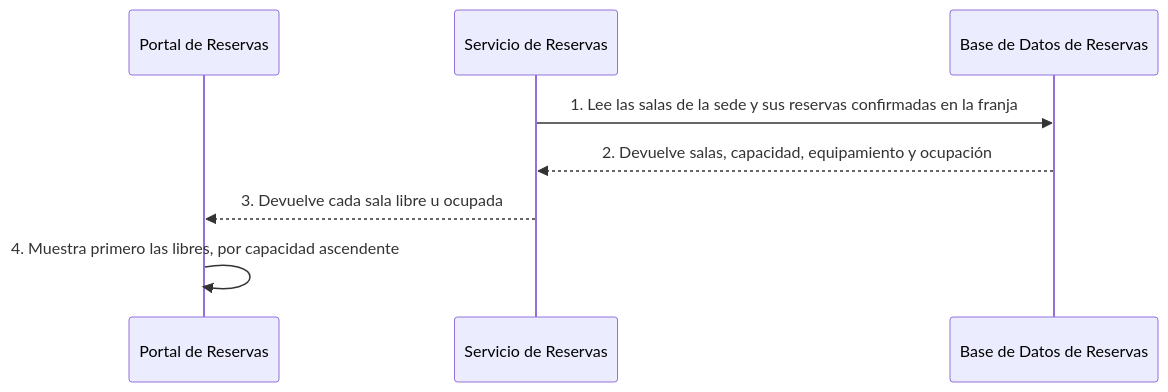
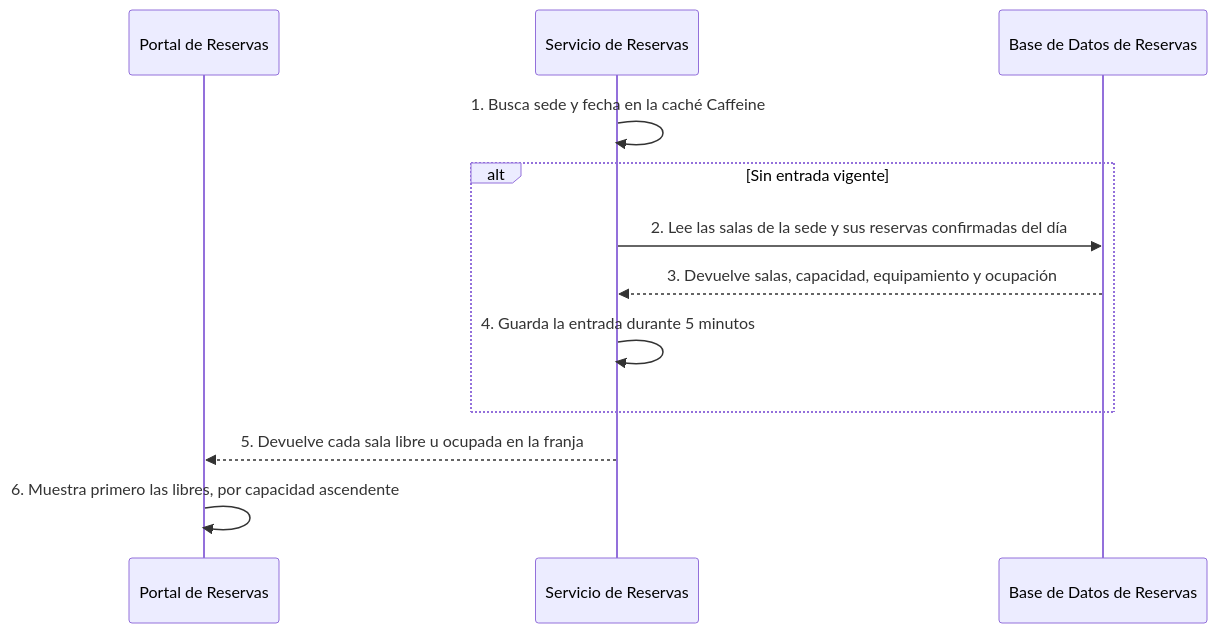
One commit to shadowX4fox/northwind-reservas changed the third of 8 diagrams in docs/04-data-flow-patterns.md. Above: the diagram before and after it, drawn with Mermaid. The commit also changed other lines of this file and 13 other files, not shown here.

First line of the commit message:
arch: ADR-108 caché Caffeine para la disponibilidad (ESC-002); ADR-101 a ADR-108 Accepted

````diff
--- a/docs/04-data-flow-patterns.md
+++ b/docs/04-data-flow-patterns.md
@@ -85,10 +85,14 @@
 ```mermaid
 sequenceDiagram
     participant POR as Portal de Reservas
     participant SRV as Servicio de Reservas
     participant BDR as Base de Datos de Reservas
-    SRV->>BDR: 1. Lee las salas de la sede y sus reservas confirmadas en la franja
-    BDR-->>SRV: 2. Devuelve salas, capacidad, equipamiento y ocupación
-    SRV-->>POR: 3. Devuelve cada sala libre u ocupada
-    POR->>POR: 4. Muestra primero las libres, por capacidad ascendente
+    SRV->>SRV: 1. Busca sede y fecha en la caché Caffeine
+    alt Sin entrada vigente
+        SRV->>BDR: 2. Lee las salas de la sede y sus reservas confirmadas del día
+        BDR-->>SRV: 3. Devuelve salas, capacidad, equipamiento y ocupación
+        SRV->>SRV: 4. Guarda la entrada durante 5 minutos
+    end
+    SRV-->>POR: 5. Devuelve cada sala libre u ocupada en la franja
+    POR->>POR: 6. Muestra primero las libres, por capacidad ascendente
 ```
````
